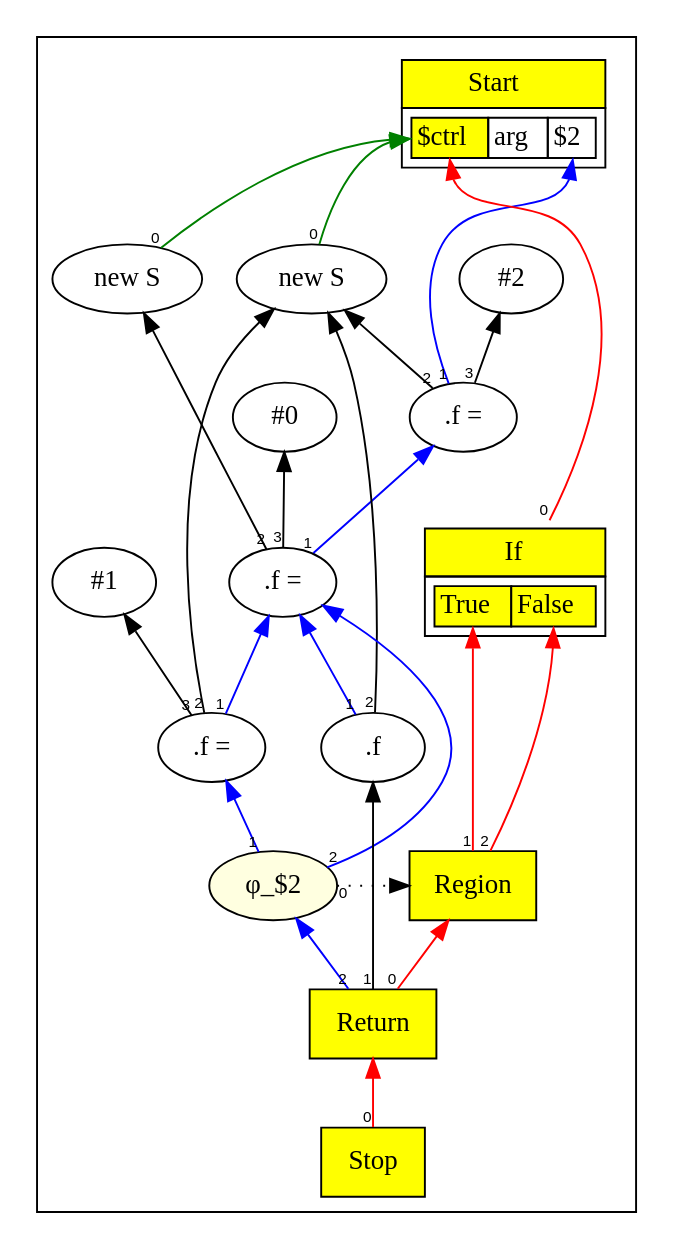
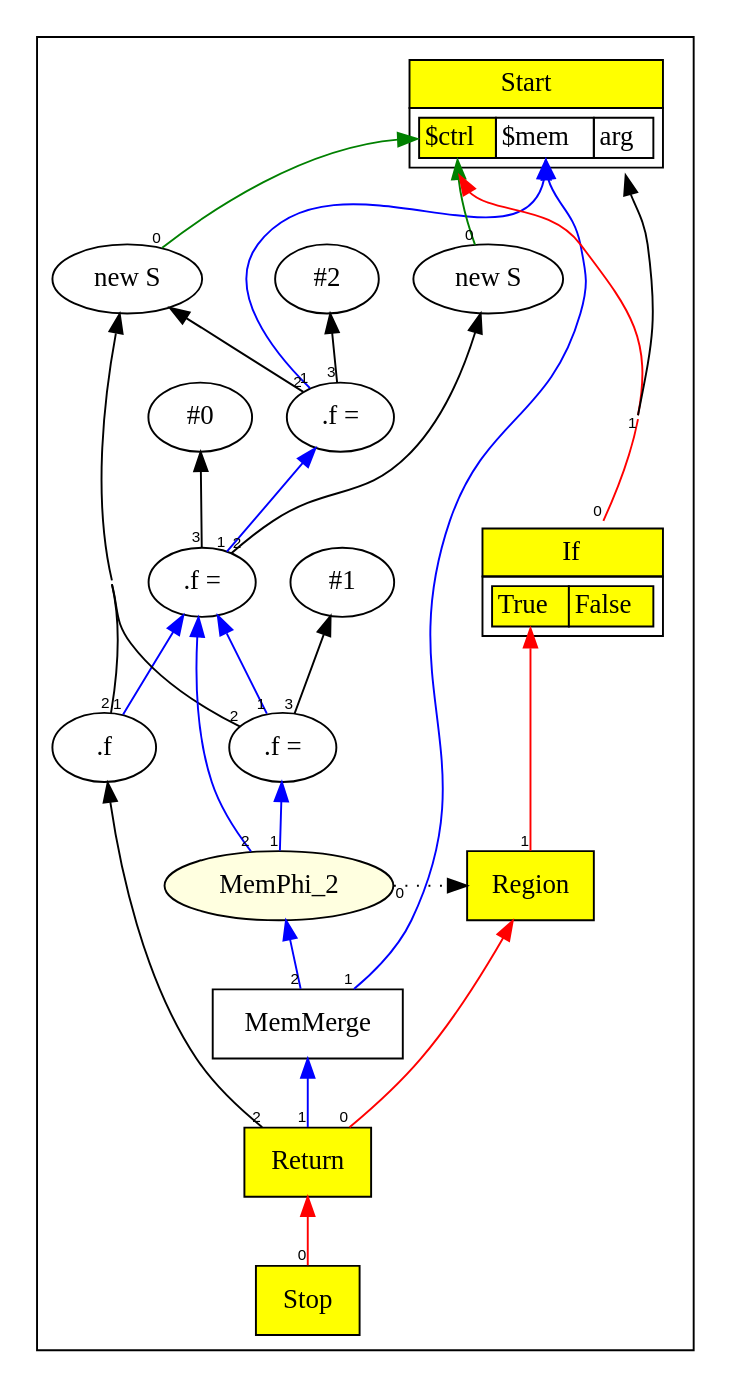
Before and after one commit to SeaOfNodes/Simple: the diagram in chapter11/docs/graph1.gv, drawn with Graphviz. The commit also changed 51 other files, not shown here.

```diff
--- a/chapter11/docs/graph1.gv
+++ b/chapter11/docs/graph1.gv
@@ -1,76 +1,79 @@
 digraph chapter11 {
 /*
 struct S { int f; }
 S v=new S;
 v.f = 2;
 int i=new S.f;
 i=v.f;
 if (arg) v.f=1;
 return i;
 
 */
 	rankdir=BT;
 	concentrate="true";
 	compound="true";
 	subgraph cluster_Nodes {
 		Start2 [ shape=plaintext label=<
 			<TABLE BORDER="0" CELLBORDER="1" CELLSPACING="0" CELLPADDING="4">
 			<TR><TD BGCOLOR="yellow">Start</TD></TR>
 			<TR><TD>
 				<TABLE BORDER="0" CELLBORDER="1" CELLSPACING="0">
-				<TR><TD PORT="p0" BGCOLOR="yellow">$ctrl</TD><TD PORT="p1">arg</TD><TD PORT="p2">$2</TD></TR>
+				<TR><TD PORT="p0" BGCOLOR="yellow">$ctrl</TD><TD PORT="p1">$mem</TD><TD PORT="p2">arg</TD></TR>
 				</TABLE>
 			</TD></TR>
 			</TABLE>>
 		];
+		MemMerge [ shape=box label="MemMerge" ];
 		Stop3 [ shape=box style=filled fillcolor=yellow label="Stop" ];
 		Con_4 [ label="#0" ];
 		new9 [ label="new S" ];
 		Con_11 [ label="#2" ];
 		Store12 [ label=".f =" ];
 		new13 [ label="new S" ];
 		Store14 [ label=".f =" ];
 		Load16 [ label=".f" ];
 		If17 [ shape=plaintext label=<
 			<TABLE BORDER="0" CELLBORDER="1" CELLSPACING="0" CELLPADDING="4">
 			<TR><TD BGCOLOR="yellow">If</TD></TR>
 			<TR><TD>
 				<TABLE BORDER="0" CELLBORDER="1" CELLSPACING="0">
 				<TR><TD PORT="p0" BGCOLOR="yellow">True</TD><TD PORT="p1" BGCOLOR="yellow">False</TD></TR>
 				</TABLE>
 			</TD></TR>
 			</TABLE>>
 		];
 		Con_21 [ label="#1" ];
 		Store22 [ label=".f =" ];
 		Region23 [ shape=box style=filled fillcolor=yellow label="Region" ];
-		Phi_224 [ style=filled fillcolor=lightyellow label="&phi;_$2" ];
+		Phi_224 [ style=filled fillcolor=lightyellow label="MemPhi_2" ];
 		Return25 [ shape=box style=filled fillcolor=yellow label="Return" ];
 		{ rank=same; Region23;Phi_224;}
 	}
 	edge [ fontname=Helvetica, fontsize=8 ];
 	Stop3 -> Return25[taillabel=0 color=red];
 	new9 -> Start2:p0[taillabel=0 color=green];
-	Store12 -> Start2:p2[taillabel=1 color=blue];
+	Store12 -> Start2:p1[taillabel=1 color=blue];
 	Store12 -> new9[taillabel=2];
 	Store12 -> Con_11[taillabel=3];
 	new13 -> Start2:p0[taillabel=0 color=green];
 	Store14 -> Store12[taillabel=1 color=blue];
 	Store14 -> new13[taillabel=2];
 	Store14 -> Con_4[taillabel=3];
 	Load16 -> Store14[taillabel=1 color=blue];
 	Load16 -> new9[taillabel=2];
 	If17 -> Start2:p0[taillabel=0 color=red];
-	If17 -> Start2:p1[taillabel=1];
+	If17 -> Start2:p2[taillabel=1];
 	Store22 -> Store14[taillabel=1 color=blue];
 	Store22 -> new9[taillabel=2];
 	Store22 -> Con_21[taillabel=3];
 	Region23 -> If17:p0[taillabel=1 color=red];
 	Region23 -> If17:p1[taillabel=2 color=red];
 	Phi_224 -> Region23 [style=dotted taillabel=0];
 	Phi_224 -> Store22[taillabel=1 color=blue];
 	Phi_224 -> Store14[taillabel=2 color=blue constraint=false];
 	Return25 -> Region23[taillabel=0 color=red];
-	Return25 -> Load16[taillabel=1];
-	Return25 -> Phi_224[taillabel=2 color=blue];
+	Return25 -> Load16[taillabel=2];
+	Return25 -> MemMerge[taillabel=1 color=blue];
+	MemMerge -> Start2:p1[taillabel=1 color=blue];
+	MemMerge -> Phi_224[taillabel=2 color=blue];
 }
```
